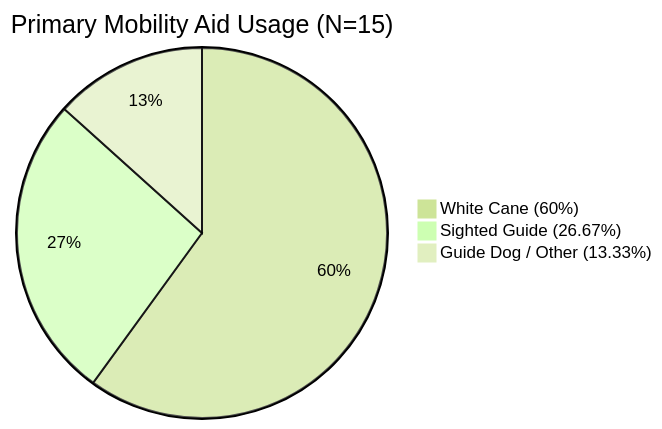
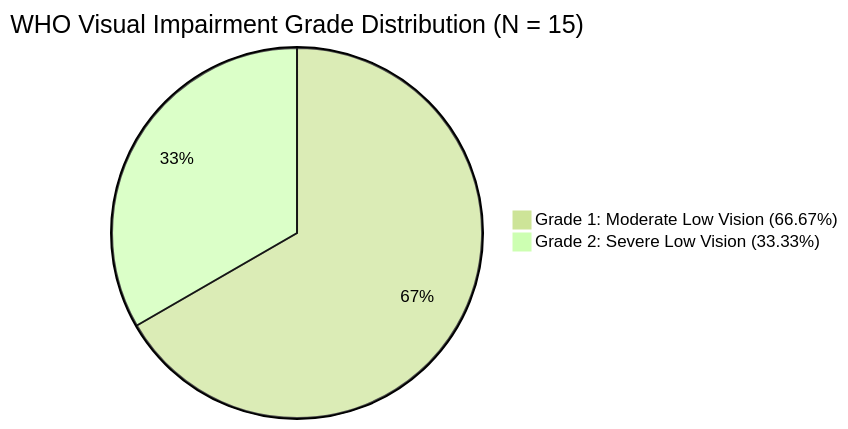
The third of 4 diagrams in docs/figures/03_chapter_3_dataset_and_demographics.md (Thes-IS-IT/Easylens), drawn with Mermaid (forest theme) before and after one commit. The commit also changed other lines of this file, not shown here.

````diff
--- a/docs/figures/03_chapter_3_dataset_and_demographics.md
+++ b/docs/figures/03_chapter_3_dataset_and_demographics.md
@@ -127,6 +148,5 @@
 ```mermaid
-pie title Primary Mobility Aid Usage (N=15)
-    "White Cane (60%)" : 9
-    "Sighted Guide (26.67%)" : 4
-    "Guide Dog / Other (13.33%)" : 2
+pie title WHO Visual Impairment Grade Distribution (N = 15)
+    "Grade 1: Moderate Low Vision (66.67%)" : 10
+    "Grade 2: Severe Low Vision (33.33%)" : 5
 ```
````
